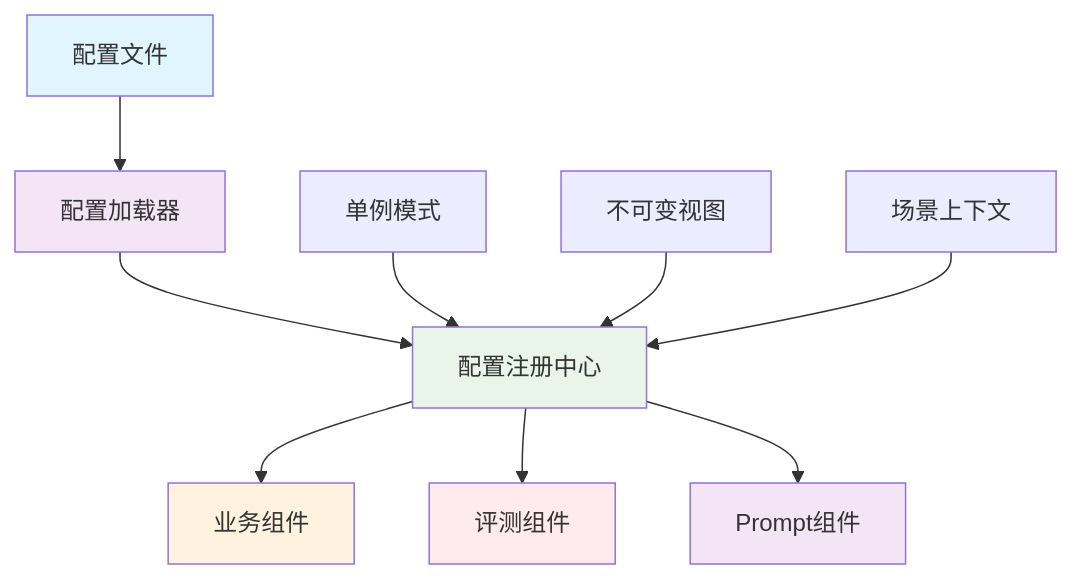
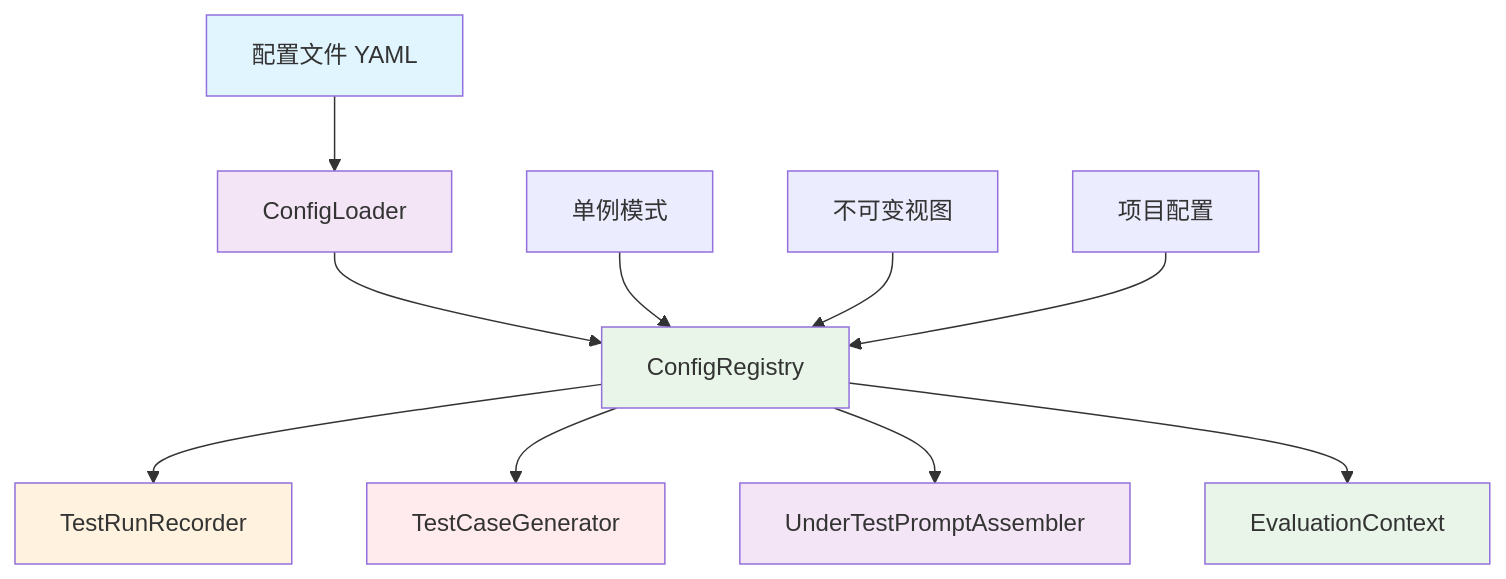
Before and after one commit to BighuaBighua/llm-testing-portfolio: the diagram in knowledge-base/02-技术实现/配置注册中心设计.md, drawn with Mermaid. The commit also changed other lines of this file and 69 other files, not shown here.

````diff
--- a/knowledge-base/02-技术实现/配置注册中心设计.md
+++ b/knowledge-base/02-技术实现/配置注册中心设计.md
@@ -24,19 +24,21 @@
 ```mermaid
 graph TD
-    A[配置文件] --> B[配置加载器]
-    B --> C[配置注册中心]
-    C --> D[业务组件]
-    C --> E[评测组件]
-    C --> F[Prompt组件]
-    
+    A[配置文件 YAML] --> B[ConfigLoader]
+    B --> C[ConfigRegistry]
+    C --> D[TestRunRecorder]
+    C --> E[TestCaseGenerator]
+    C --> F[UnderTestPromptAssembler]
+    C --> G[EvaluationContext]
+
     C1[单例模式] --> C
     C2[不可变视图] --> C
-    C3[场景上下文] --> C
-    
+    C3[项目配置] --> C
+
     style A fill:#e1f5fe
     style B fill:#f3e5f5
     style C fill:#e8f5e8
     style D fill:#fff3e0
     style E fill:#ffebee
     style F fill:#f3e5f5
+    style G fill:#e8f5e8
 ```
````
